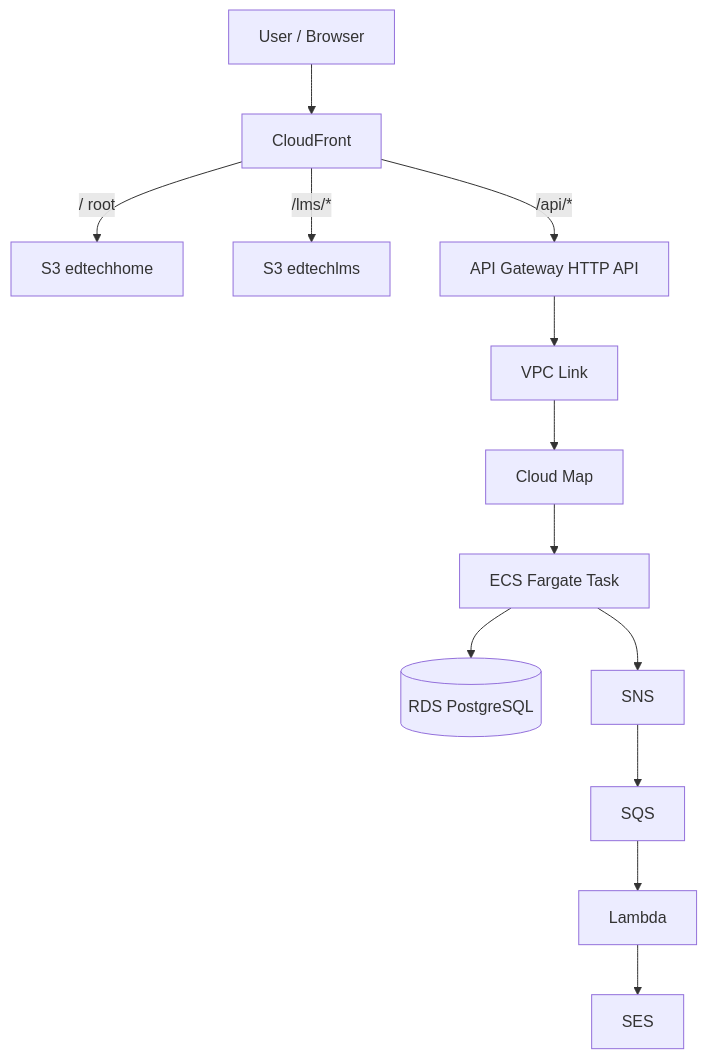
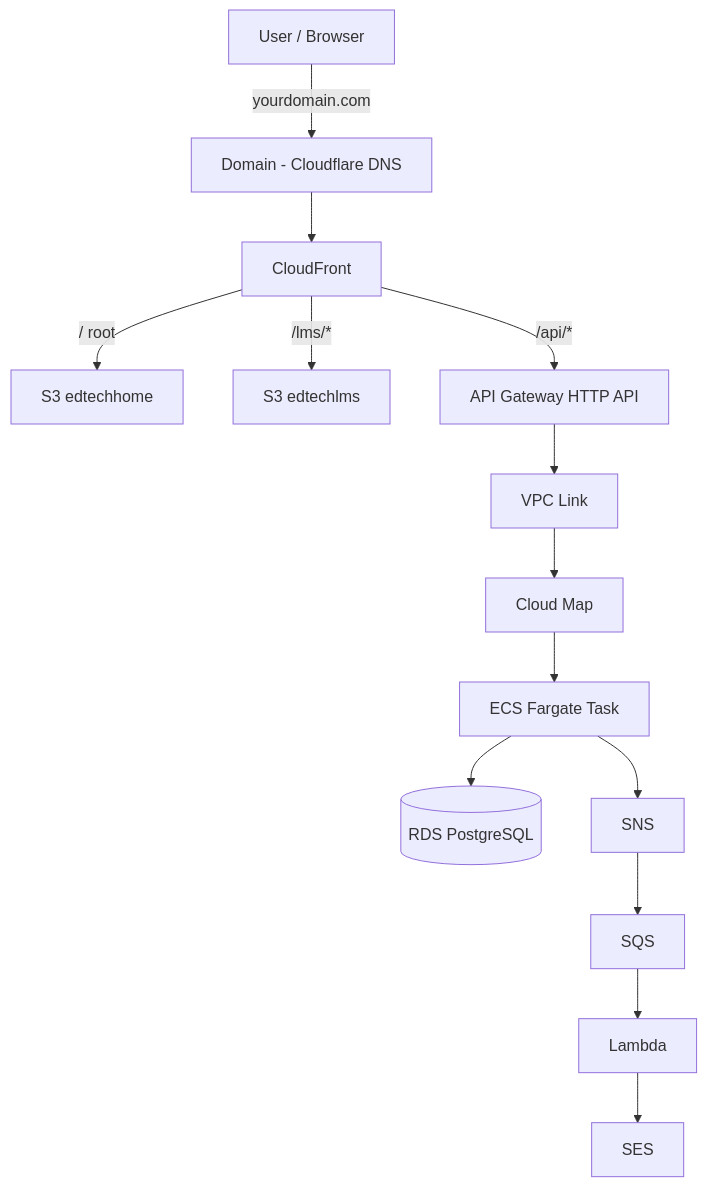
One commit to tychoww/vocup-project-manual changed the diagram in docs/system-design.md. Above: the diagram before and after it, drawn with Mermaid. The commit also changed other lines of this file, not shown here.

````diff
--- a/docs/system-design.md
+++ b/docs/system-design.md
@@ -33,29 +31,31 @@
 ```mermaid
 flowchart TB
     User[User / Browser]
+    Domain[Domain - Cloudflare DNS]
     CF[CloudFront]
     S3Home[S3 edtechhome]
     S3LMS[S3 edtechlms]
     APIGW[API Gateway HTTP API]
     VPCLink[VPC Link]
     CloudMap[Cloud Map]
     ECS[ECS Fargate Task]
     RDS[(RDS PostgreSQL)]
     SNS[SNS]
     SQS[SQS]
     Lambda[Lambda]
     SES[SES]
 
-    User --> CF
+    User -->|"yourdomain.com"| Domain
+    Domain --> CF
     CF -->|"/" root| S3Home
     CF -->|"/lms/*"| S3LMS
     CF -->|"/api/*"| APIGW
     APIGW --> VPCLink
     VPCLink --> CloudMap
     CloudMap --> ECS
     ECS --> RDS
     ECS --> SNS
     SNS --> SQS
     SQS --> Lambda
     Lambda --> SES
 ```
````
